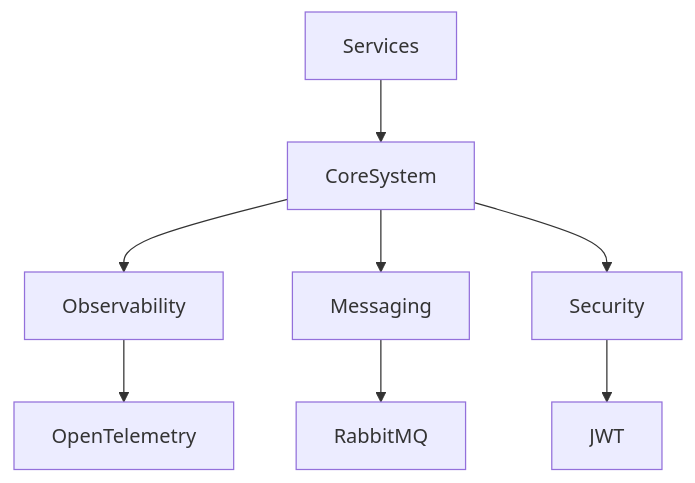
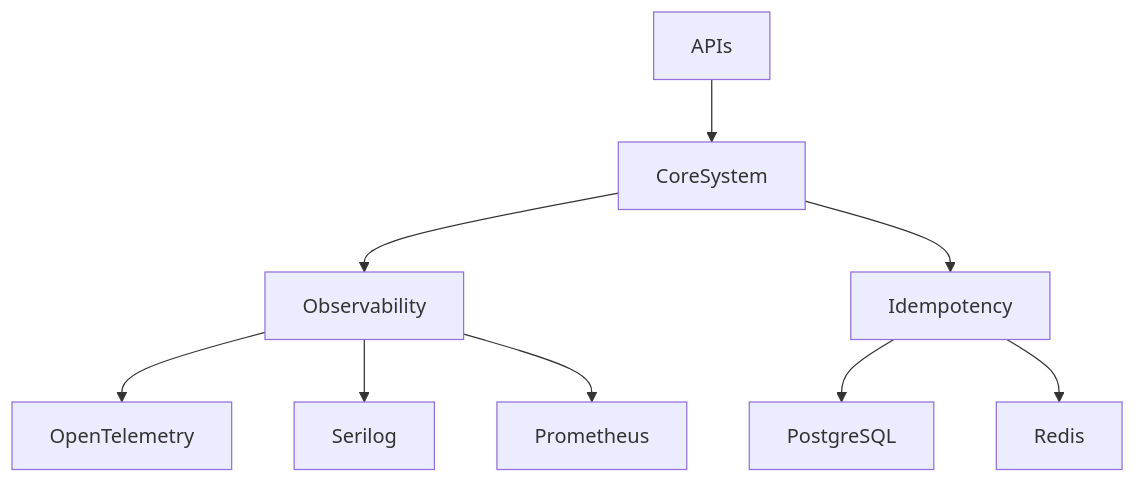
One commit to FEDERIN/CoreSystem changed the diagram in README.md. Above: the diagram before and after it, drawn with Mermaid. The commit also changed other lines of this file and 5 other files, not shown here.

Commit message:
docs(idempotency): update README with architectural diagram and refined metadata

````diff
--- a/README.md
+++ b/README.md
@@ -47,11 +49,15 @@
 ```mermaid
 graph TD
-    Services --> CoreSystem
+
+    APIs --> CoreSystem
+
     CoreSystem --> Observability
-    CoreSystem --> Messaging
-    CoreSystem --> Security
+    CoreSystem --> Idempotency
 
     Observability --> OpenTelemetry
-    Messaging --> RabbitMQ
-    Security --> JWT
+    Observability --> Serilog
+    Observability --> Prometheus
+
+    Idempotency --> PostgreSQL
+    Idempotency --> Redis
 ```
````
